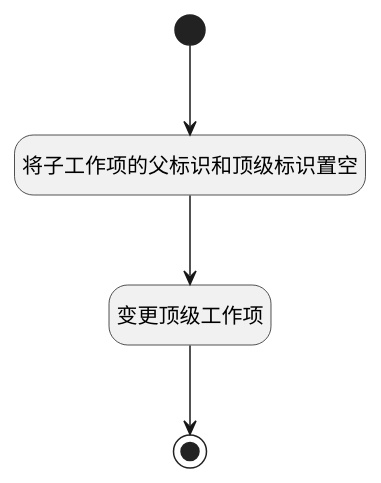
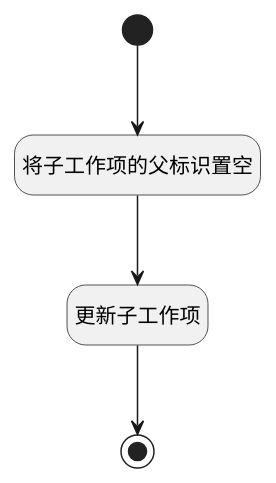
Before and after one commit to iBizLab/plm: the diagram in doc/docsify/module/ProjMgmt/work_item/logic/child_del_relation.md, drawn with PlantUML. The commit also changed other lines of this file and 1068 other files, not shown here.

````diff
--- a/doc/docsify/module/ProjMgmt/work_item/logic/child_del_relation.md
+++ b/doc/docsify/module/ProjMgmt/work_item/logic/child_del_relation.md
@@ -7,23 +7,23 @@
 ```plantuml
 @startuml
 hide empty description
 <style>
 root {
   HyperlinkColor #42b983
 }
 </style>
 
 hide empty description
 state "开始" as Begin <<start>> [[$./child_del_relation#begin {"开始"}]]
-state "将子工作项的父标识和顶级标识置空" as PREPAREPARAM1  [[$./child_del_relation#prepareparam1 {"将子工作项的父标识和顶级标识置空"}]]
-state "变更顶级工作项" as DELOGIC1  [[$./child_del_relation#delogic1 {"变更顶级工作项"}]]
+state "将子工作项的父标识置空" as PREPAREPARAM1  [[$./child_del_relation#prepareparam1 {"将子工作项的父标识置空"}]]
+state "更新子工作项" as DEACTION1  [[$./child_del_relation#deaction1 {"更新子工作项"}]]
 state "结束" as END1 <<end>> [[$./child_del_relation#end1 {"结束"}]]
 
 
 Begin --> PREPAREPARAM1
-PREPAREPARAM1 --> DELOGIC1
-DELOGIC1 --> END1
+PREPAREPARAM1 --> DEACTION1
+DEACTION1 --> END1
 
 
 @enduml
 ```
````
